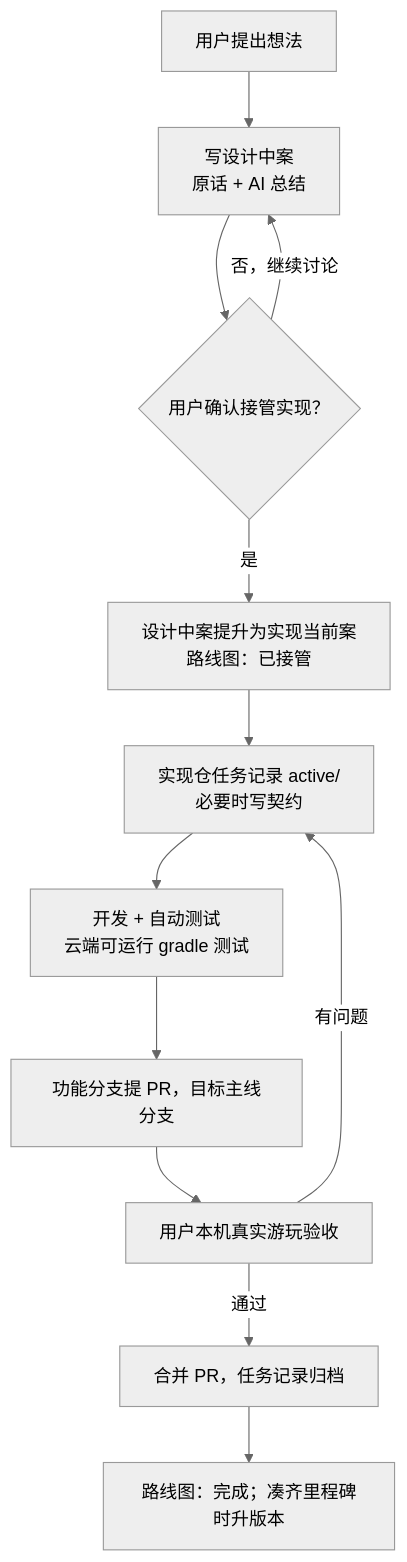
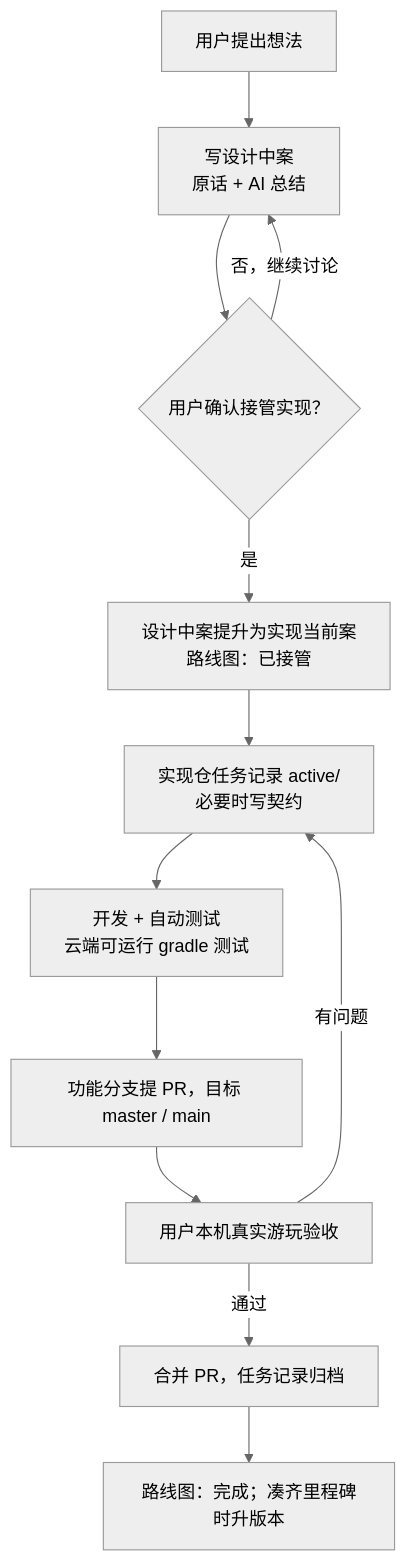
The diagram in docs/00_nav/开发流程.md (RinsingEL/designer_territoryMod), drawn with Mermaid (neutral theme) before and after one commit. The commit also changed other lines of this file and 1 other file, not shown here.

First line of the commit message:
docs(nav): keep master/main as the mainline after joining histories

````diff
--- a/docs/00_nav/开发流程.md
+++ b/docs/00_nav/开发流程.md
@@ -5,14 +5,14 @@
 ```mermaid
 flowchart TD
   A[用户提出想法] --> B[写设计中案<br/>原话 + AI 总结]
   B --> C{用户确认接管实现？}
   C -->|否，继续讨论| B
   C -->|是| D[设计中案提升为实现当前案<br/>路线图：已接管]
   D --> E[实现仓任务记录 active/<br/>必要时写契约]
   E --> F[开发 + 自动测试<br/>云端可运行 gradle 测试]
-  F --> G[功能分支提 PR，目标主线分支]
+  F --> G[功能分支提 PR，目标 master / main]
   G --> H[用户本机真实游玩验收]
   H -->|有问题| E
   H -->|通过| I[合并 PR，任务记录归档]
   I --> J[路线图：完成；凑齐里程碑时升版本]
 ```
````
